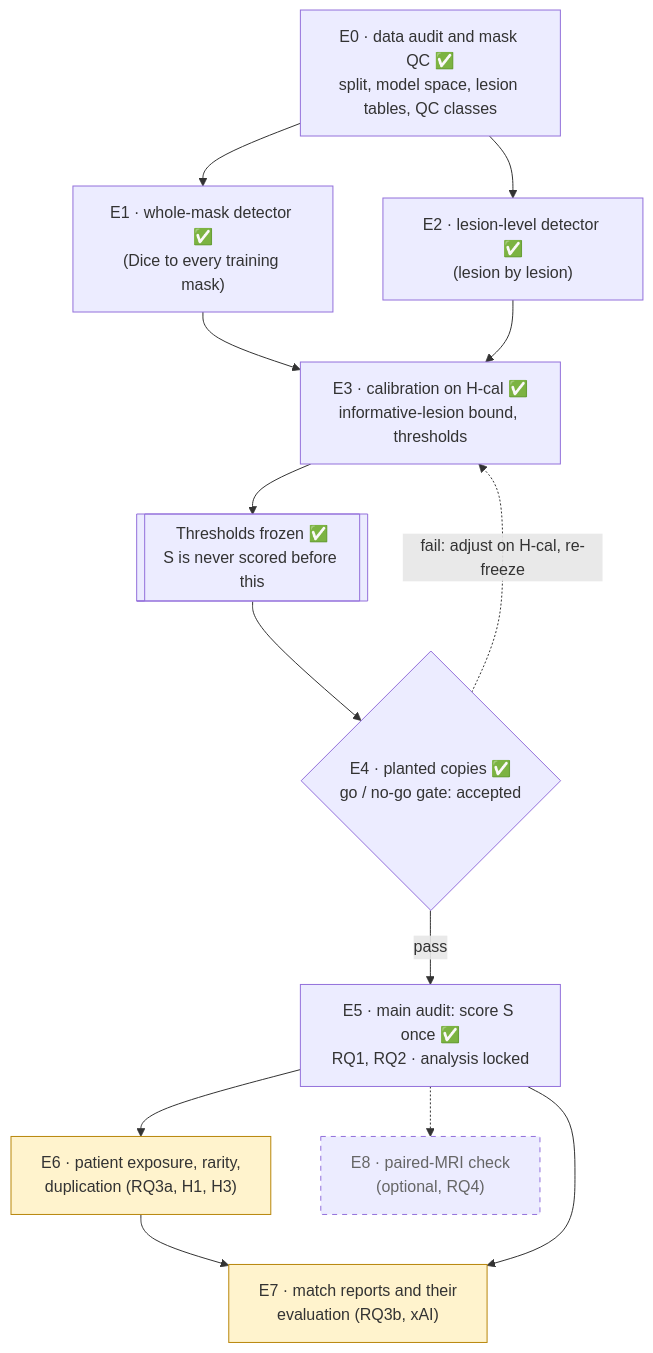
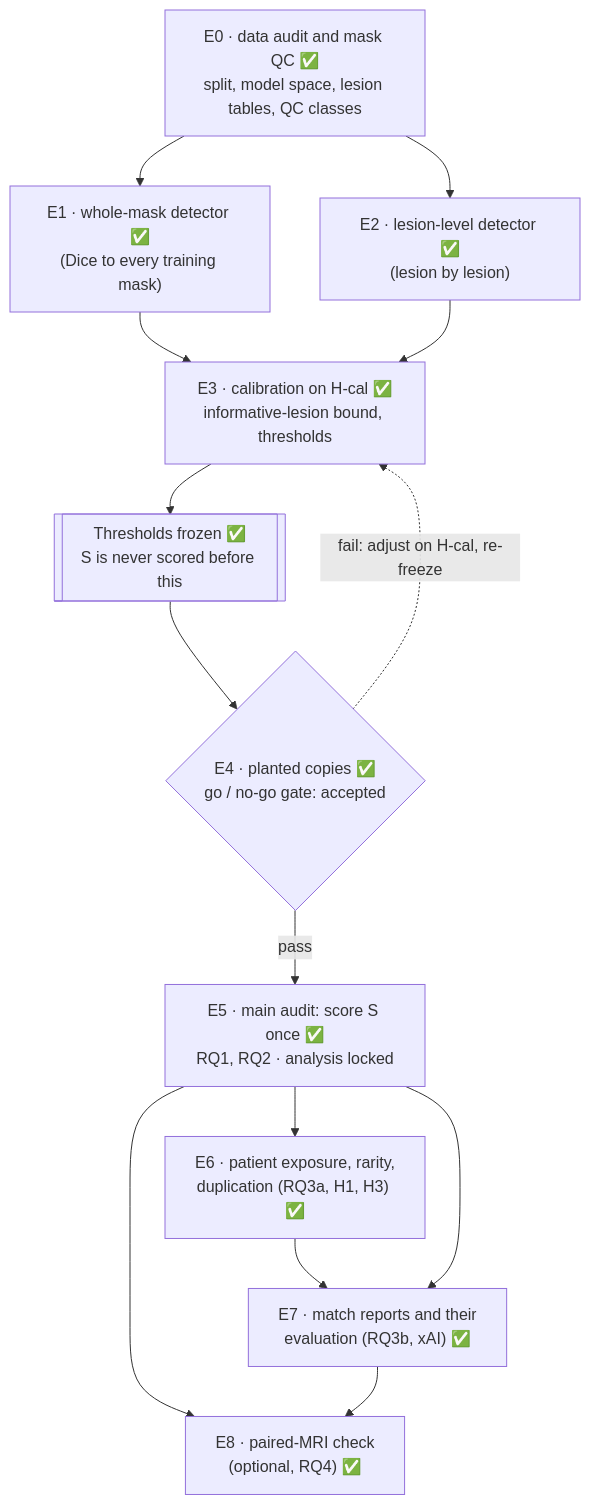
The first of 2 diagrams in docs/architecture.md (mattia3003/MT_project), drawn with Mermaid before and after one commit. The commit also changed other lines of this file and 51 other files, not shown here.

````diff
--- a/docs/architecture.md
+++ b/docs/architecture.md
@@ -31,26 +33,25 @@
 ```mermaid
 flowchart TD
     E0["E0 · data audit and mask QC ✅<br/>split, model space, lesion tables, QC classes"]
     E1["E1 · whole-mask detector ✅<br/>(Dice to every training mask)"]
     E2["E2 · lesion-level detector ✅<br/>(lesion by lesion)"]
     E3["E3 · calibration on H-cal ✅<br/>informative-lesion bound, thresholds"]
     FREEZE[["Thresholds frozen ✅<br/>S is never scored before this"]]
     E4{"E4 · planted copies ✅<br/>go / no-go gate: accepted"}
     E5["E5 · main audit: score S once ✅<br/>RQ1, RQ2 · analysis locked"]
-    E6["E6 · patient exposure, rarity,<br/>duplication (RQ3a, H1, H3)"]
-    E7["E7 · match reports and their<br/>evaluation (RQ3b, xAI)"]
-    E8["E8 · paired-MRI check<br/>(optional, RQ4)"]
+    E6["E6 · patient exposure, rarity,<br/>duplication (RQ3a, H1, H3) ✅"]
+    E7["E7 · match reports and their<br/>evaluation (RQ3b, xAI) ✅"]
+    E8["E8 · paired-MRI check<br/>(optional, RQ4) ✅"]
 
     E0 --> E1 & E2
     E1 & E2 --> E3 --> FREEZE --> E4
     E4 -->|pass| E5
     E4 -.->|"fail: adjust on H-cal, re-freeze"| E3
     E5 --> E6 --> E7
     E5 --> E7
-    E5 -.-> E8
+    E5 --> E8
+    E7 --> E8
 
     classDef next fill:#fff3cd,stroke:#b8860b
     classDef planned stroke-dasharray: 5 5,color:#666
-    class E6,E7 next
-    class E8 planned
 ```
````
